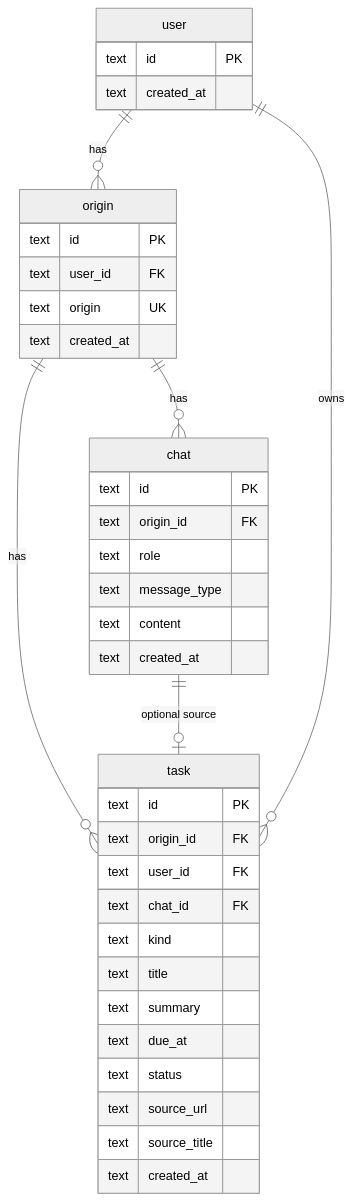
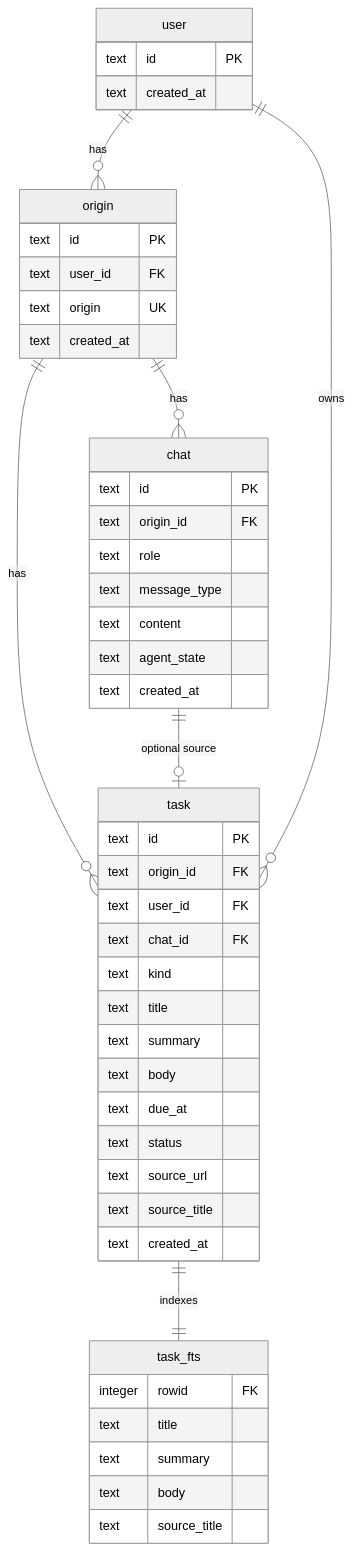
One commit to arungovil/ezer changed the diagram in server/src/db/README.md. Above: the diagram before and after it, drawn with Mermaid (neutral theme). The commit also changed other lines of this file and 10 other files, not shown here.

````diff
--- a/server/src/db/README.md
+++ b/server/src/db/README.md
@@ -31,44 +33,55 @@
 ```mermaid
 erDiagram
   user ||--o{ origin : "has"
   origin ||--o{ chat : "has"
   origin ||--o{ task : "has"
   chat ||--o| task : "optional source"
   user ||--o{ task : "owns"
+  task ||--|| task_fts : "indexes"
 
   user {
     text id PK
     text created_at
   }
 
   origin {
     text id PK
     text user_id FK
     text origin UK
     text created_at
   }
 
   chat {
     text id PK
     text origin_id FK
     text role
     text message_type
     text content
+    text agent_state
     text created_at
   }
 
   task {
     text id PK
     text origin_id FK
     text user_id FK
     text chat_id FK
     text kind
     text title
     text summary
+    text body
     text due_at
     text status
     text source_url
     text source_title
     text created_at
   }
+
+  task_fts {
+    integer rowid FK
+    text title
+    text summary
+    text body
+    text source_title
+  }
 ```
````
